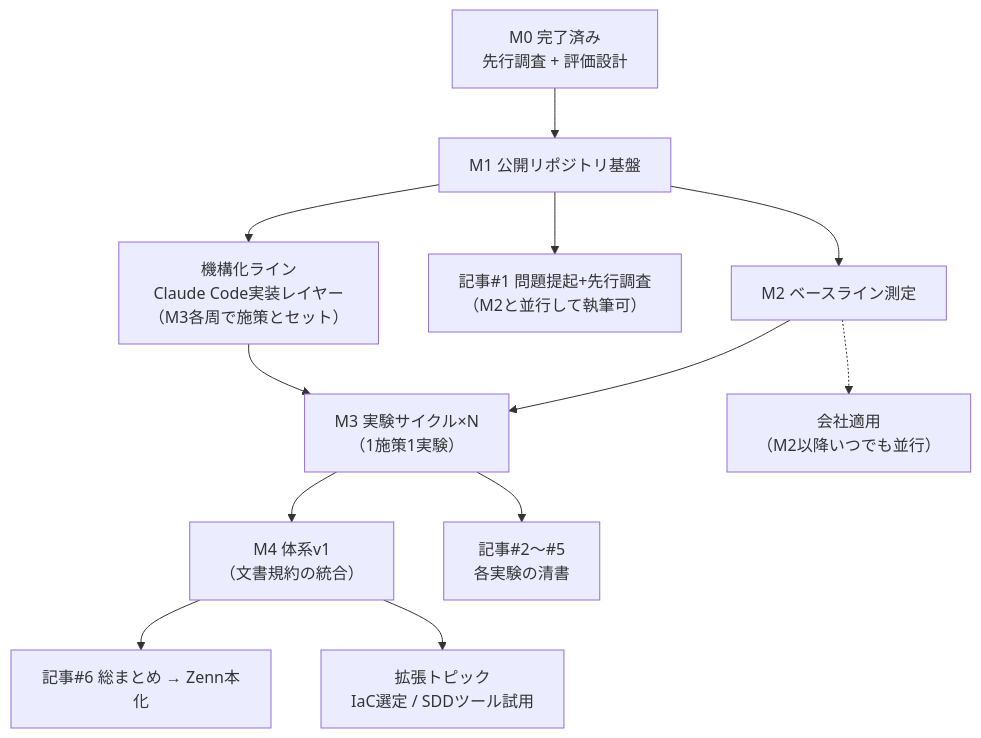
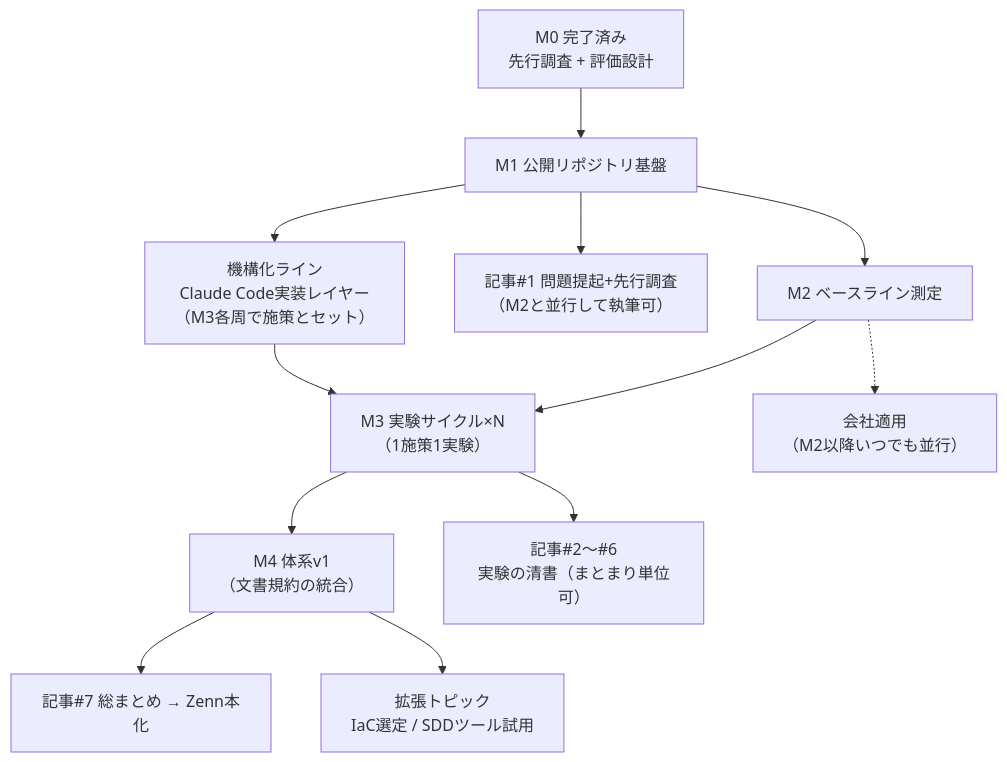
The diagram in ROADMAP.md (KazumaOchiaiDev/ai-docs-lab), drawn with Mermaid before and after one commit. The commit also changed other lines of this file, not shown here.

Commit message:
Agent チェックの指摘を反映（必須1件 + 提案2件）
- 図の「各実験の清書」を「実験の清書（まとまり単位可）」に修正（旧原則前提の直し漏れ）
- 図の記事番号を §3 の7本構成に整合（#2〜#6、総まとめは #7）
- M3 表の列見出しを「対応記事（目安）」に変更

Claude-Session: https://claude.ai/code/session_01DvubxdM7sGD1waQbEFjHY1

````diff
--- a/ROADMAP.md
+++ b/ROADMAP.md
@@ -17,14 +17,14 @@
 ```mermaid
 graph TD
     M0["M0 完了済み<br>先行調査 + 評価設計"] --> M1["M1 公開リポジトリ基盤"]
     M1 --> M2["M2 ベースライン測定"]
     M2 --> M3["M3 実験サイクル×N<br>（1施策1実験）"]
     M3 --> M4["M4 体系v1<br>（文書規約の統合）"]
     M1 --> A1["記事#1 問題提起+先行調査<br>（M2と並行して執筆可）"]
-    M3 --> A2["記事#2〜#5<br>各実験の清書"]
-    M4 --> A6["記事#6 総まとめ → Zenn本化"]
+    M3 --> A2["記事#2〜#6<br>実験の清書（まとまり単位可）"]
+    M4 --> A6["記事#7 総まとめ → Zenn本化"]
     M2 -.-> W["会社適用<br>（M2以降いつでも並行）"]
     M4 --> X["拡張トピック<br>IaC選定 / SDDツール試用"]
     M1 --> T["機構化ライン<br>Claude Code実装レイヤー<br>（M3各周で施策とセット）"]
     T --> M3
 ```
````
